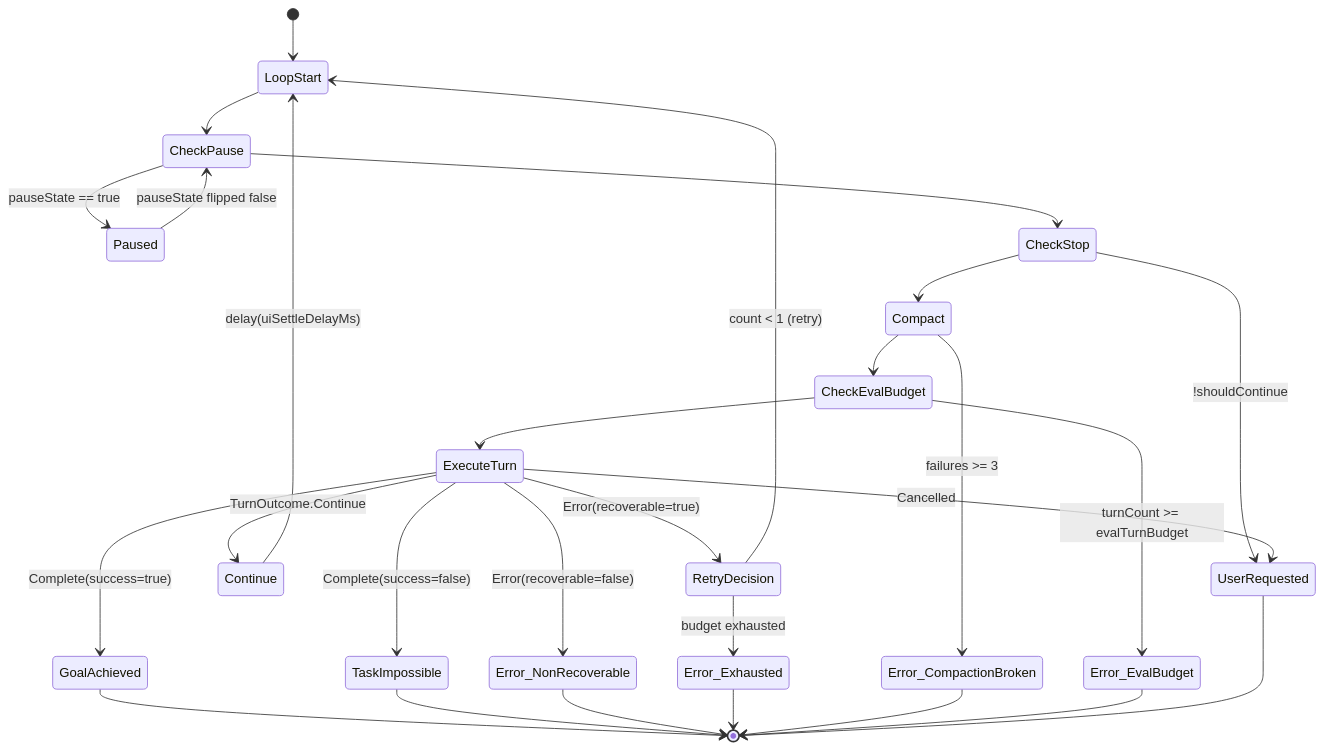
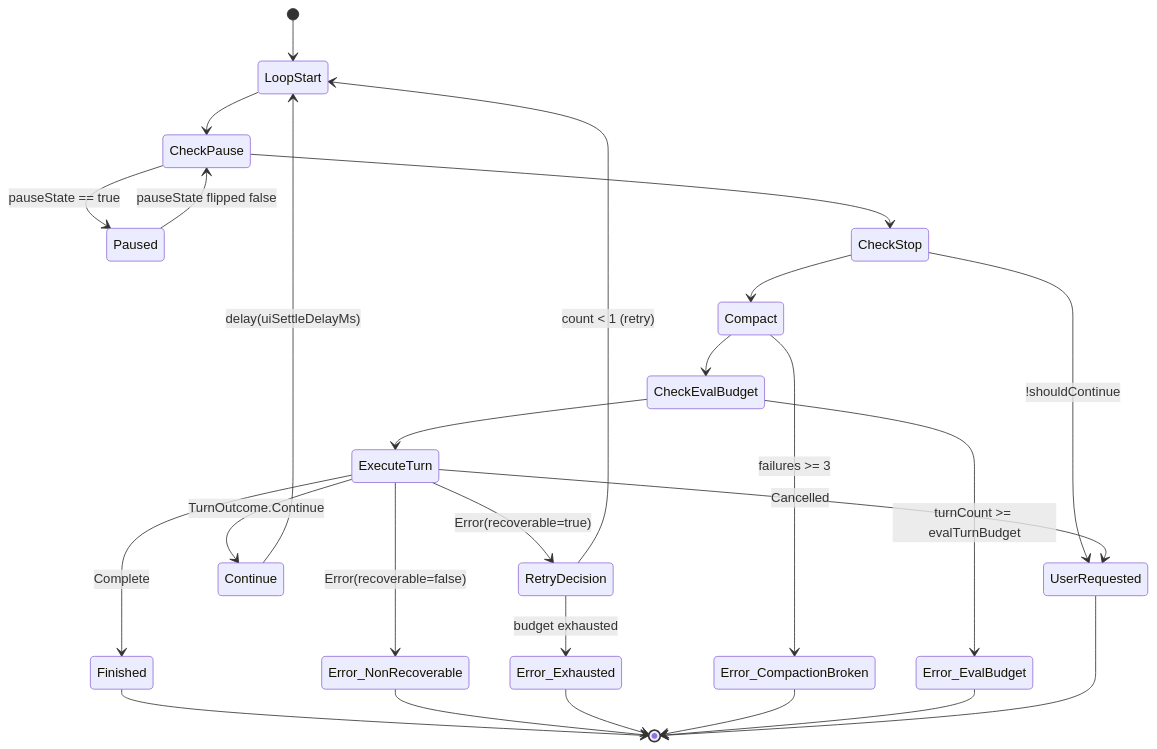
Before and after one commit to steveimm/vibe-projects: the diagram in PocketPilot/doc/main/state_machines/agent_run_loop.md, drawn with Mermaid. The commit also changed other lines of this file and 70 other files, not shown here.

````diff
--- a/PocketPilot/doc/main/state_machines/agent_run_loop.md
+++ b/PocketPilot/doc/main/state_machines/agent_run_loop.md
@@ -90,30 +87,28 @@
 ```mermaid
 stateDiagram-v2
     [*] --> LoopStart
     LoopStart --> CheckPause
     CheckPause --> Paused: pauseState == true
     Paused --> CheckPause: pauseState flipped false
     CheckPause --> CheckStop
     CheckStop --> UserRequested: !shouldContinue
     CheckStop --> Compact
     Compact --> Error_CompactionBroken: failures >= 3
     Compact --> CheckEvalBudget
     CheckEvalBudget --> Error_EvalBudget: turnCount >= evalTurnBudget
     CheckEvalBudget --> ExecuteTurn
     ExecuteTurn --> Continue: TurnOutcome.Continue
     Continue --> LoopStart: delay(uiSettleDelayMs)
-    ExecuteTurn --> GoalAchieved: Complete(success=true)
-    ExecuteTurn --> TaskImpossible: Complete(success=false)
+    ExecuteTurn --> Finished: Complete
     ExecuteTurn --> Error_NonRecoverable: Error(recoverable=false)
     ExecuteTurn --> RetryDecision: Error(recoverable=true)
     RetryDecision --> LoopStart: count < 1 (retry)
     RetryDecision --> Error_Exhausted: budget exhausted
     ExecuteTurn --> UserRequested: Cancelled
-    GoalAchieved --> [*]
-    TaskImpossible --> [*]
+    Finished --> [*]
     Error_NonRecoverable --> [*]
     Error_Exhausted --> [*]
     Error_CompactionBroken --> [*]
     Error_EvalBudget --> [*]
     UserRequested --> [*]
 ```
````
